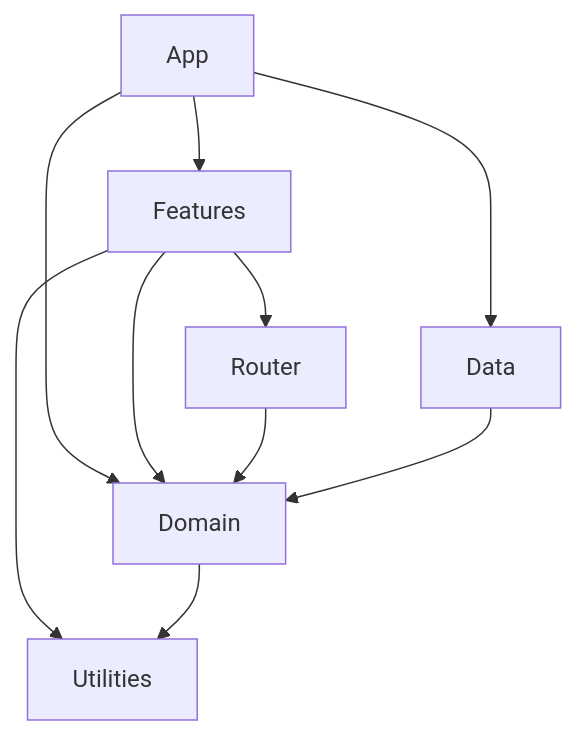
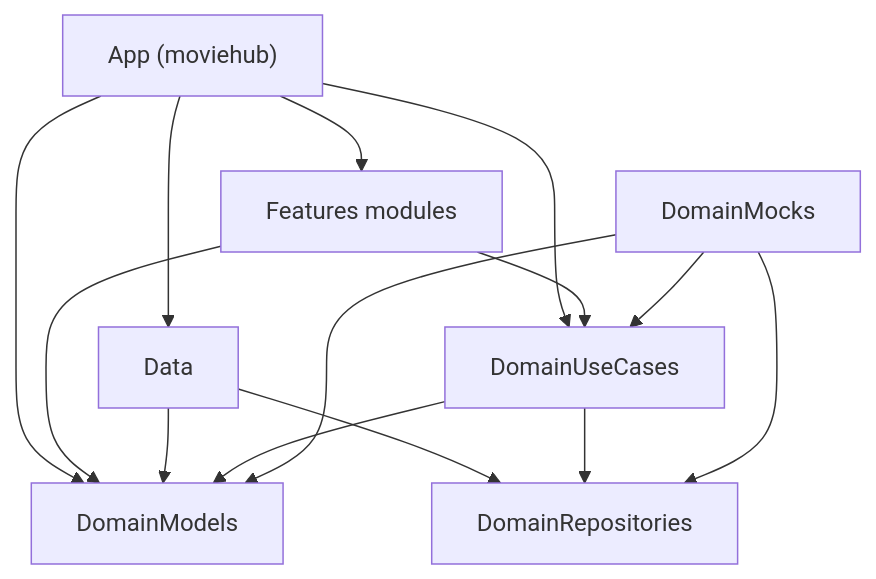
One commit to glebus/moviehub changed the diagram in README.md. Above: the diagram before and after it, drawn with Mermaid. The commit also changed other lines of this file and 107 other files, not shown here.

````diff
--- a/README.md
+++ b/README.md
@@ -61,23 +167,28 @@
 ```mermaid
 graph TD
-    App[App]
-    Features[Features]
-    Router[Router]
-    Domain[Domain]
-    Data[Data]
-    Utilities[Utilities]
+    App["App (moviehub)"]
+    Data["Data"]
+    Features["Features modules"]
+    DM["DomainModels"]
+    DU["DomainUseCases"]
+    DR["DomainRepositories"]
+    DMocks["DomainMocks"]
 
+    App --> Data
     App --> Features
-    App --> Data
-    App --> Domain
+    App --> DM
+    App --> DU
 
-    Features --> Domain
-    Features --> Router
-    Features --> Utilities
+    Features --> DM
+    Features --> DU
 
-    Router --> Domain
+    Data --> DM
+    Data --> DR
 
-    Data --> Domain
+    DU --> DM
+    DU --> DR
 
-    Domain --> Utilities
+    DMocks --> DM
+    DMocks --> DU
+    DMocks --> DR
 ```
````
